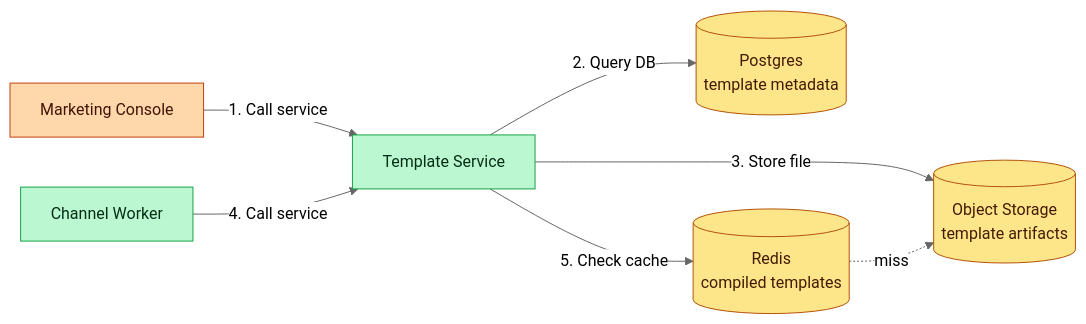
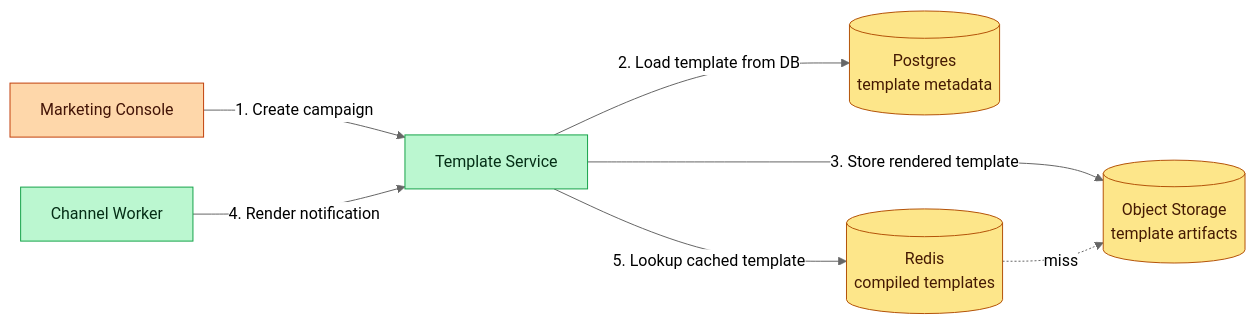
Before and after one commit to iluzn/HLD-Designs: the ninth of 16 diagrams in content/hld/NotificationSystem.md, drawn with Mermaid (neutral theme). The commit also changed other lines of this file and 27 other files, not shown here.

````diff
--- a/content/hld/NotificationSystem.md
+++ b/content/hld/NotificationSystem.md
@@ -702,20 +702,20 @@
 ```mermaid
 flowchart LR
     CONSOLE["Marketing Console"]:::client
     TMPL["Template Service"]:::service
     S3[("Object Storage<br/>template artifacts")]:::data
     DB[("Postgres<br/>template metadata")]:::data
     CACHE[("Redis<br/>compiled templates")]:::data
     WORKER["Channel Worker"]:::service
 
-    CONSOLE -->|"1. Call service"| TMPL
-    TMPL -->|"2. Query DB"| DB
-    TMPL -->|"3. Store file"| S3
-    WORKER -->|"4. Call service"| TMPL
-    TMPL -->|"5. Check cache"| CACHE
+    CONSOLE -->|"1. Create campaign"| TMPL
+    TMPL -->|"2. Load template from DB"| DB
+    TMPL -->|"3. Store rendered template"| S3
+    WORKER -->|"4. Render notification"| TMPL
+    TMPL -->|"5. Lookup cached template"| CACHE
     CACHE -. miss .-> S3
 
     classDef client fill:#fed7aa,stroke:#c2410c,color:#431407
     classDef service fill:#bbf7d0,stroke:#16a34a,color:#052e16
     classDef data fill:#fde68a,stroke:#b45309,color:#451a03
 ```
````
